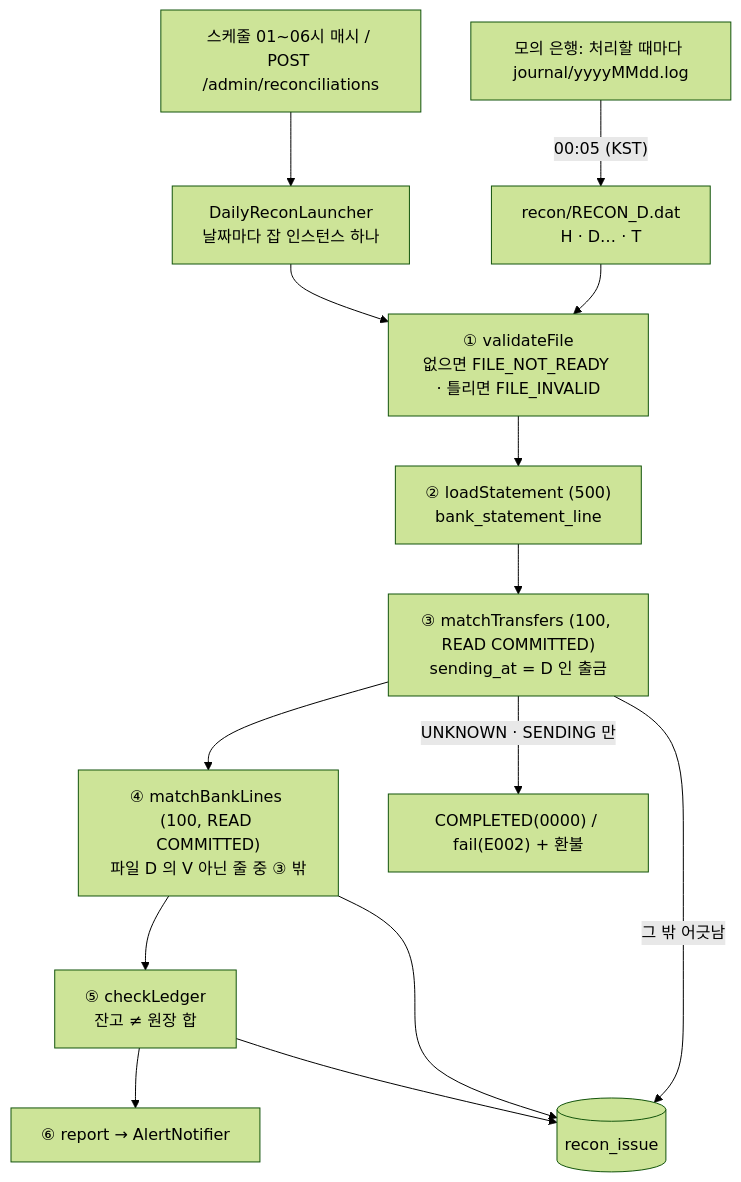
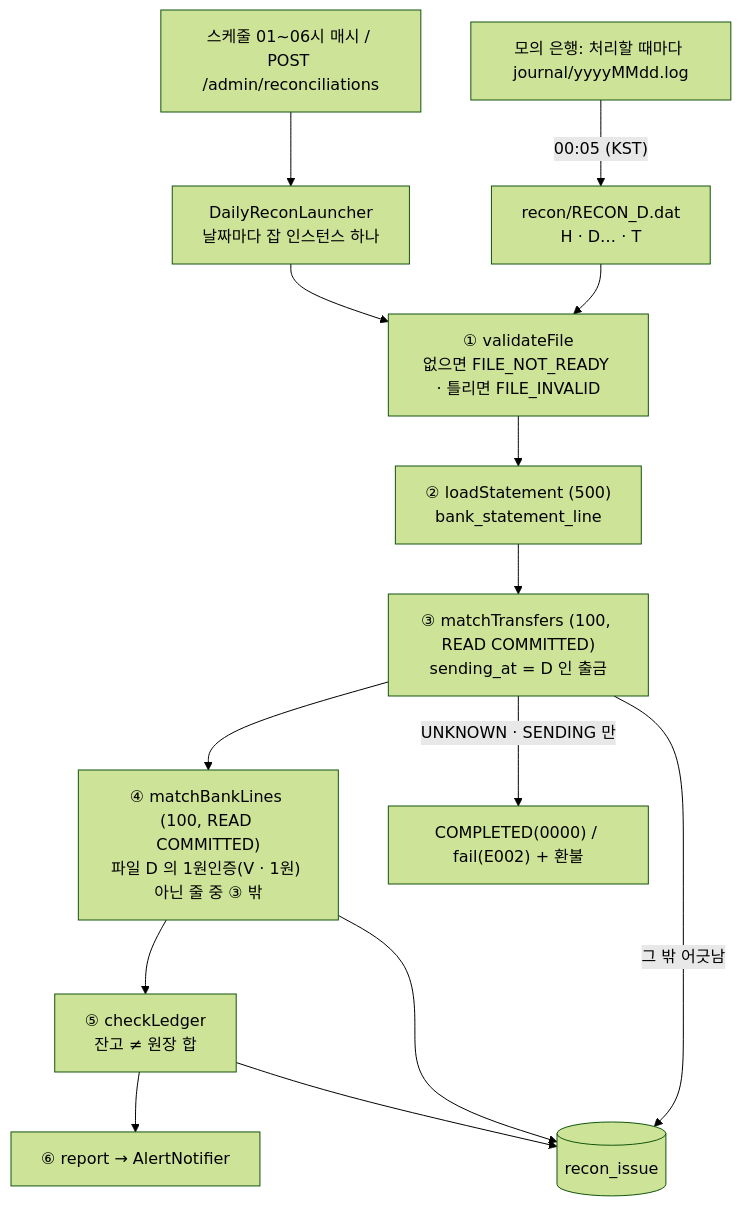
The eighth of 8 diagrams in ARCHITECTURE.md (hyeokjinON/bank-transfer), drawn with Mermaid (forest theme) before and after one commit. The commit also changed other lines of this file and 7 other files, not shown here.

````diff
--- a/ARCHITECTURE.md
+++ b/ARCHITECTURE.md
@@ -338,16 +338,16 @@
 ```mermaid
 flowchart TB
     MB["모의 은행: 처리할 때마다 journal/yyyyMMdd.log"] -- "00:05 (KST)" --> F["recon/RECON_D.dat<br/>H · D… · T"]
     S["스케줄 01~06시 매시 / POST /admin/reconciliations"] --> L["DailyReconLauncher<br/>날짜마다 잡 인스턴스 하나"]
     L --> V["① validateFile<br/>없으면 FILE_NOT_READY · 틀리면 FILE_INVALID"]
     F --> V
     V --> LD["② loadStatement (500)<br/>bank_statement_line"]
     LD --> M3["③ matchTransfers (100, READ COMMITTED)<br/>sending_at = D 인 출금"]
-    M3 --> M4["④ matchBankLines (100, READ COMMITTED)<br/>파일 D 의 V 아닌 줄 중 ③ 밖"]
+    M3 --> M4["④ matchBankLines (100, READ COMMITTED)<br/>파일 D 의 1원인증(V · 1원) 아닌 줄 중 ③ 밖"]
     M4 --> C5["⑤ checkLedger<br/>잔고 ≠ 원장 합"]
     C5 --> R6["⑥ report → AlertNotifier"]
     M3 -- "UNKNOWN · SENDING 만" --> X["COMPLETED(0000) / fail(E002) + 환불"]
     M3 -- "그 밖 어긋남" --> I[("recon_issue")]
     M4 --> I
     C5 --> I
 ```
````
